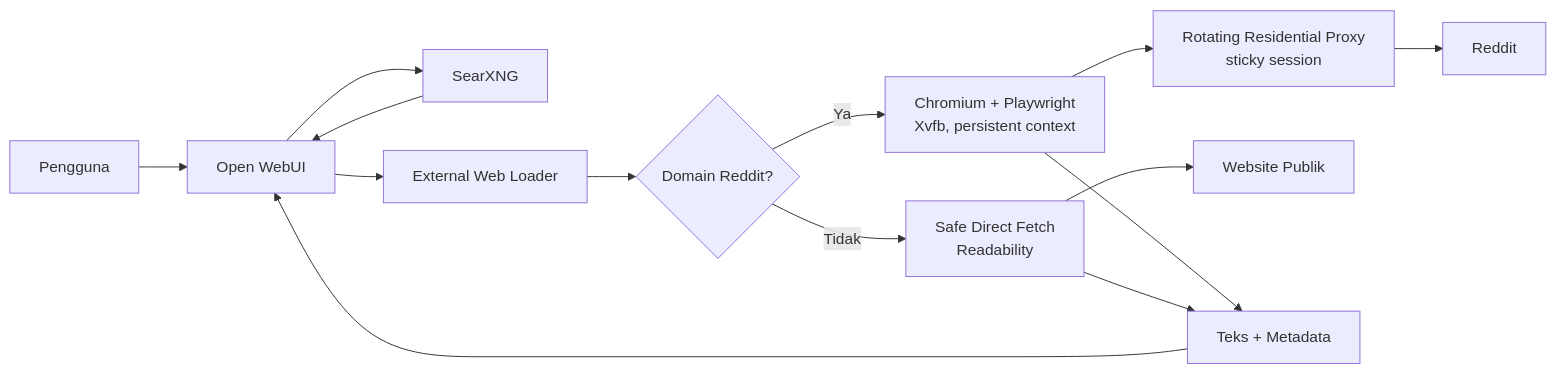
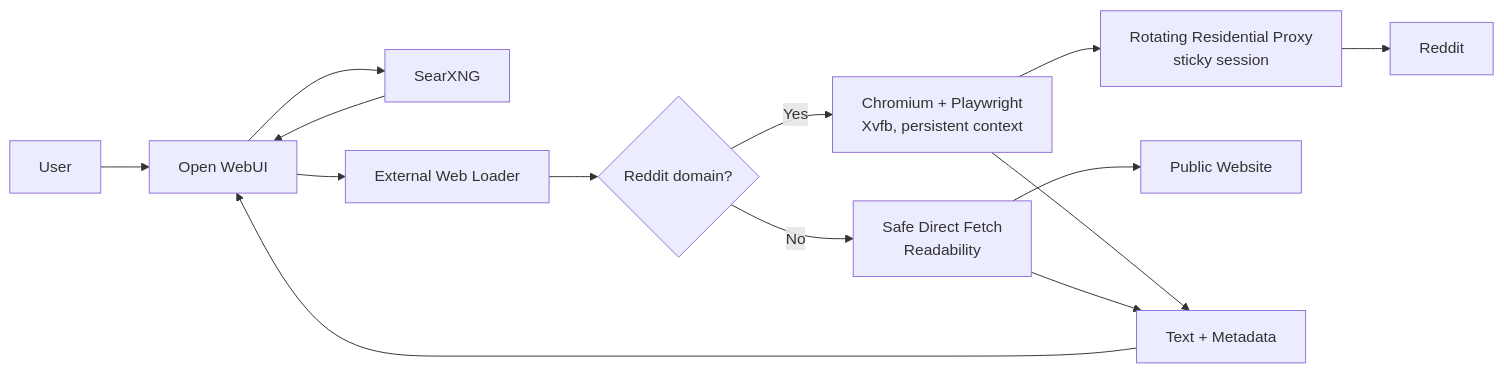
One commit to amiril84/reddit-loader-owui changed the diagram in README.md. Above: the diagram before and after it, drawn with Mermaid. The commit also changed other lines of this file, not shown here.

````diff
--- a/README.md
+++ b/README.md
@@ -85,16 +86,16 @@
 ```mermaid
 flowchart LR
-    U["Pengguna"] --> OW["Open WebUI"]
+    U["User"] --> OW["Open WebUI"]
     OW --> SX["SearXNG"]
     SX --> OW
     OW --> EL["External Web Loader"]
-    EL --> D{"Domain Reddit?"}
-    D -- "Ya" --> PW["Chromium + Playwright\nXvfb, persistent context"]
+    EL --> D{"Reddit domain?"}
+    D -- "Yes" --> PW["Chromium + Playwright\nXvfb, persistent context"]
     PW --> RP["Rotating Residential Proxy\nsticky session"]
     RP --> RD["Reddit"]
-    D -- "Tidak" --> SF["Safe Direct Fetch\nReadability"]
-    SF --> WEB["Website Publik"]
-    PW --> EX["Teks + Metadata"]
+    D -- "No" --> SF["Safe Direct Fetch\nReadability"]
+    SF --> WEB["Public Website"]
+    PW --> EX["Text + Metadata"]
     SF --> EX
     EX --> OW
 ```
````
